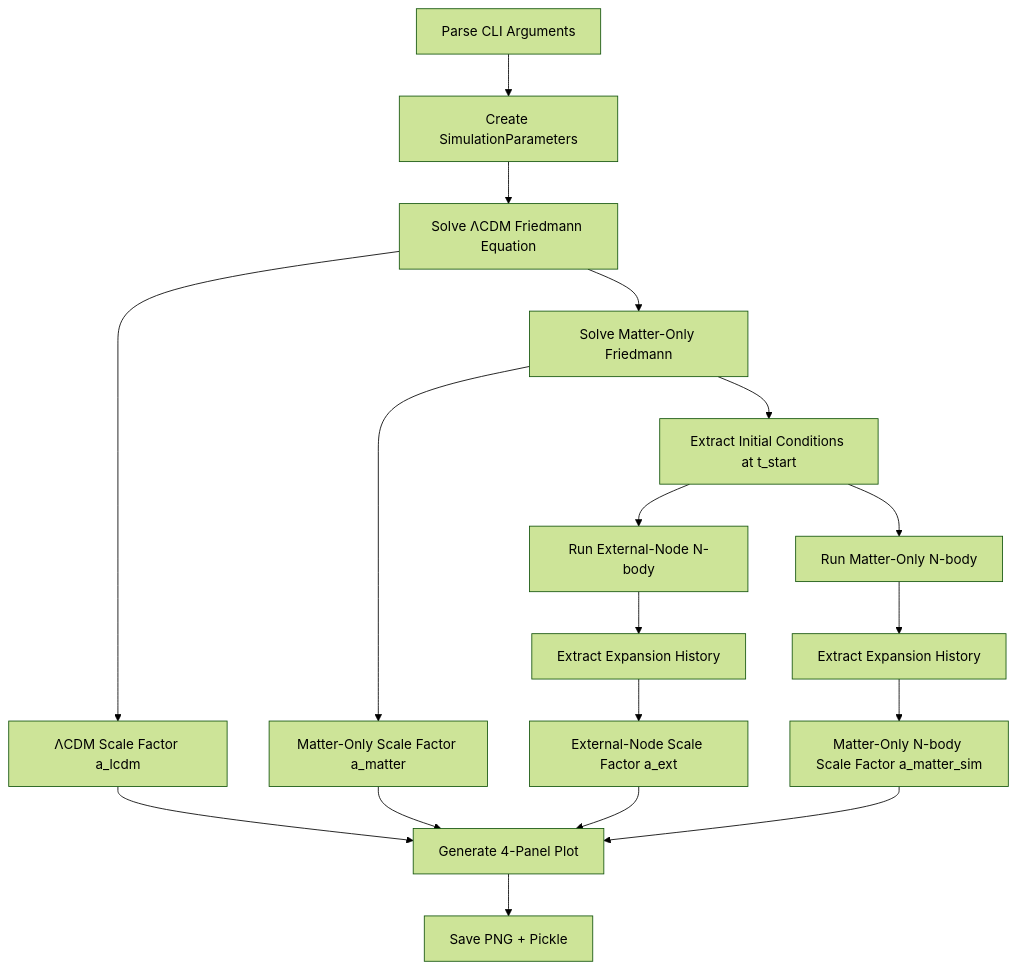
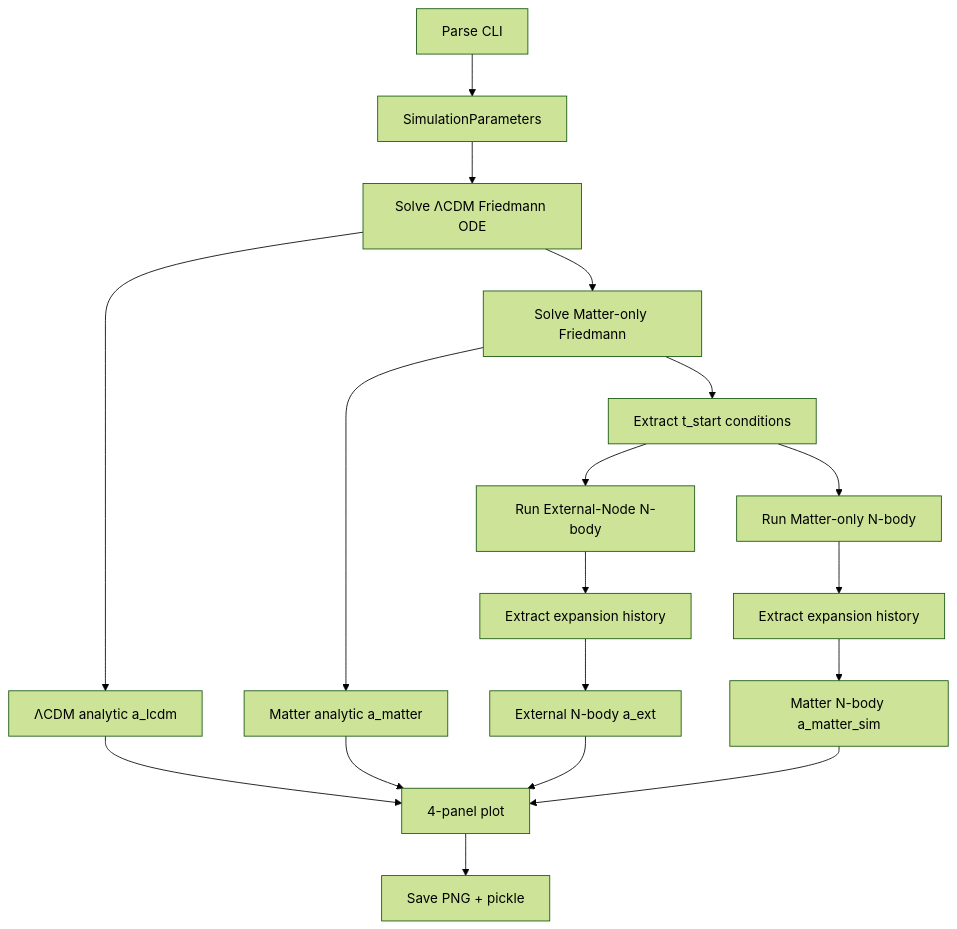
The diagram in lode/architecture/data-flow.md (MartinGamsby/ProgenitorNodeModelCosmology), drawn with Mermaid (forest theme) before and after one commit. The commit also changed other lines of this file and 7 other files, not shown here.

````diff
--- a/lode/architecture/data-flow.md
+++ b/lode/architecture/data-flow.md
@@ -5,20 +5,20 @@
 ```mermaid
 graph TD
-    A[Parse CLI Arguments] --> B[Create SimulationParameters]
-    B --> C[Solve ΛCDM Friedmann Equation]
-    C --> D[Solve Matter-Only Friedmann]
-    D --> E[Extract Initial Conditions at t_start]
+    A[Parse CLI] --> B[SimulationParameters]
+    B --> C[Solve ΛCDM Friedmann ODE]
+    C --> D[Solve Matter-only Friedmann]
+    D --> E[Extract t_start conditions]
     E --> F[Run External-Node N-body]
-    E --> G[Run Matter-Only N-body]
-    F --> H[Extract Expansion History]
-    G --> I[Extract Expansion History]
-    C --> J[ΛCDM Scale Factor a_lcdm]
-    D --> K[Matter-Only Scale Factor a_matter]
-    H --> L[External-Node Scale Factor a_ext]
-    I --> M[Matter-Only N-body Scale Factor a_matter_sim]
-    J --> N[Generate 4-Panel Plot]
+    E --> G[Run Matter-only N-body]
+    F --> H[Extract expansion history]
+    G --> I[Extract expansion history]
+    C --> J[ΛCDM analytic a_lcdm]
+    D --> K[Matter analytic a_matter]
+    H --> L[External N-body a_ext]
+    I --> M[Matter N-body a_matter_sim]
+    J --> N[4-panel plot]
     K --> N
     L --> N
     M --> N
-    N --> O[Save PNG + Pickle]
+    N --> O[Save PNG + pickle]
 ```
````
